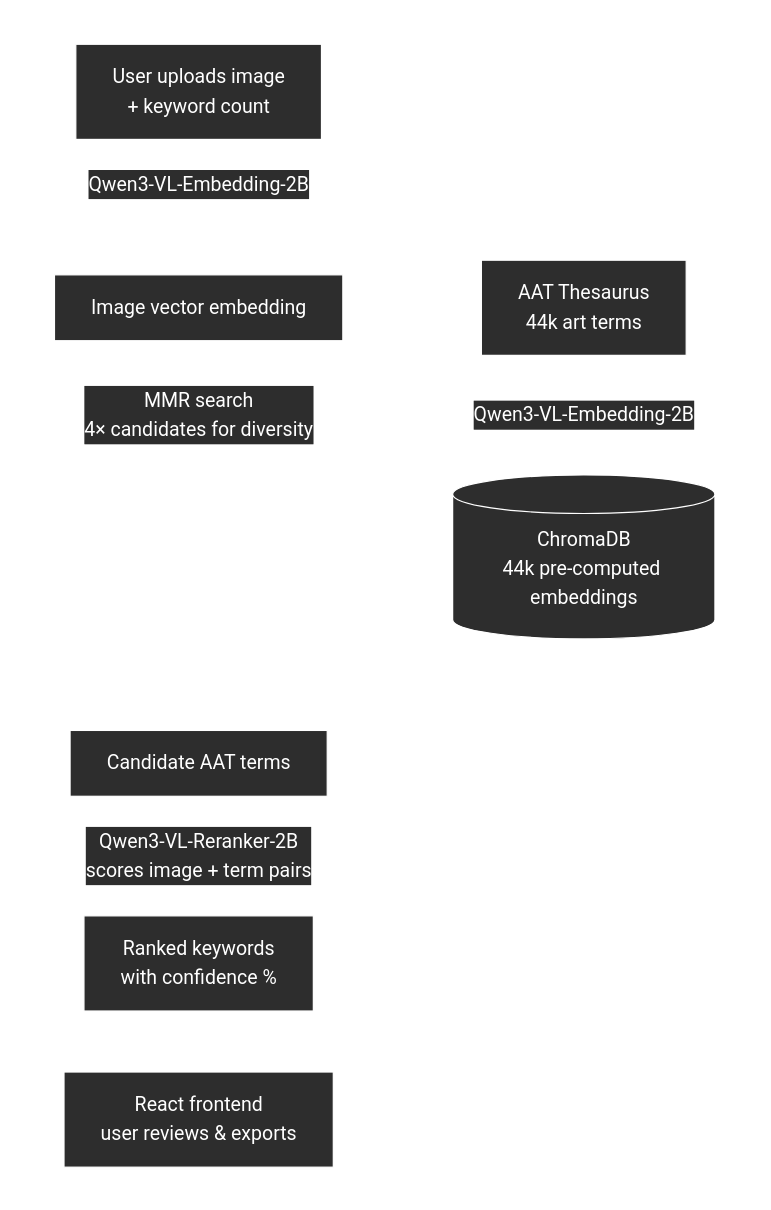
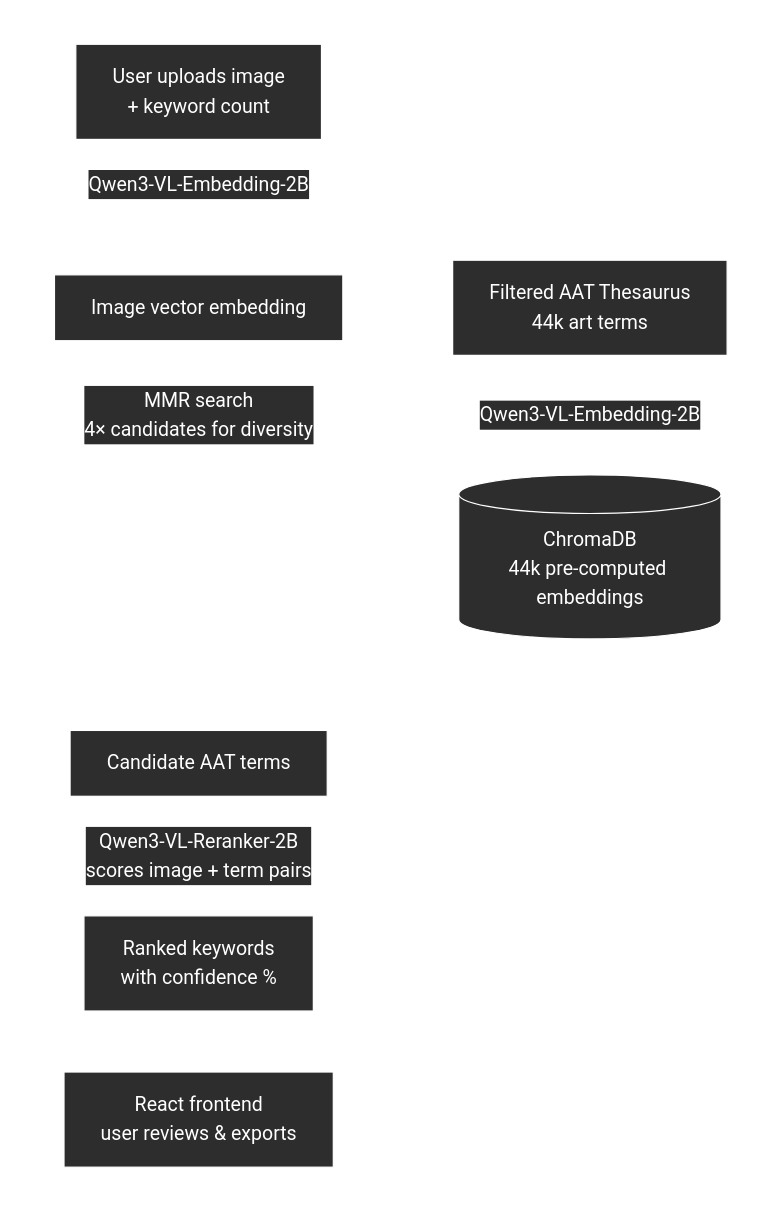
One commit to cs2535-oakhoury-2026spring/Mills-Museum changed the diagram in README.md. Above: the diagram before and after it, drawn with Mermaid.

Commit message:
Update AAT Thesaurus in flowchart to be filtered

````diff
--- a/README.md
+++ b/README.md
@@ -59,26 +59,26 @@
 ```mermaid
 %%{init: {
   'theme': 'base',
   'themeVariables': {
     'lineColor': '#FFFFFF',
     'primaryColor': '#2d2d2d',
     'primaryTextColor': '#FFFFFF',
     'primaryBorderColor': '#FFFFFF',
     'clusterBkg': 'transparent',
     'clusterBorder': 'none',
     'tertiaryColor': 'transparent'
   }
 }}%%
 flowchart TD
     subgraph Setup["One-time Setup (on server start)"]
-        A["AAT Thesaurus\n44k art terms"] -->|"Qwen3-VL-Embedding-2B"| B[("ChromaDB\n44k pre-computed embeddings")]
+        A["Filtered AAT Thesaurus\n44k art terms"] -->|"Qwen3-VL-Embedding-2B"| B[("ChromaDB\n44k pre-computed embeddings")]
     end
 
     subgraph Request["Per Request (via ngrok → Google Colab)"]
         C["User uploads image\n+ keyword count"] -->|"Qwen3-VL-Embedding-2B"| D["Image vector embedding"]
         D -->|"MMR search\n4× candidates for diversity"| B
         B --> E["Candidate AAT terms"]
         E -->|"Qwen3-VL-Reranker-2B\nscores image + term pairs"| F["Ranked keywords\nwith confidence %"]
         F --> G["React frontend\nuser reviews & exports"]
     end
 ```
````
